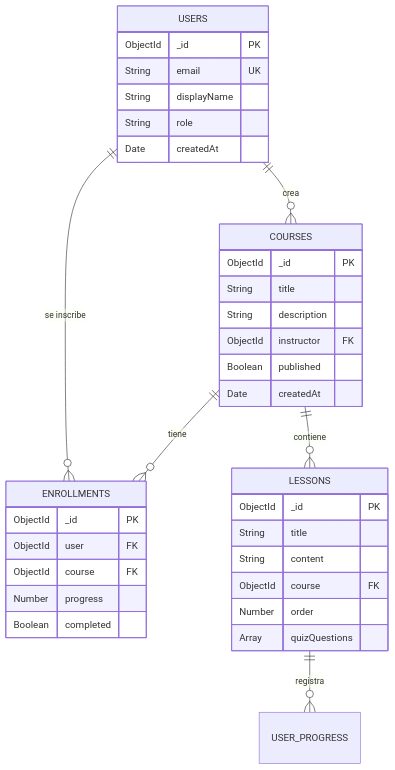
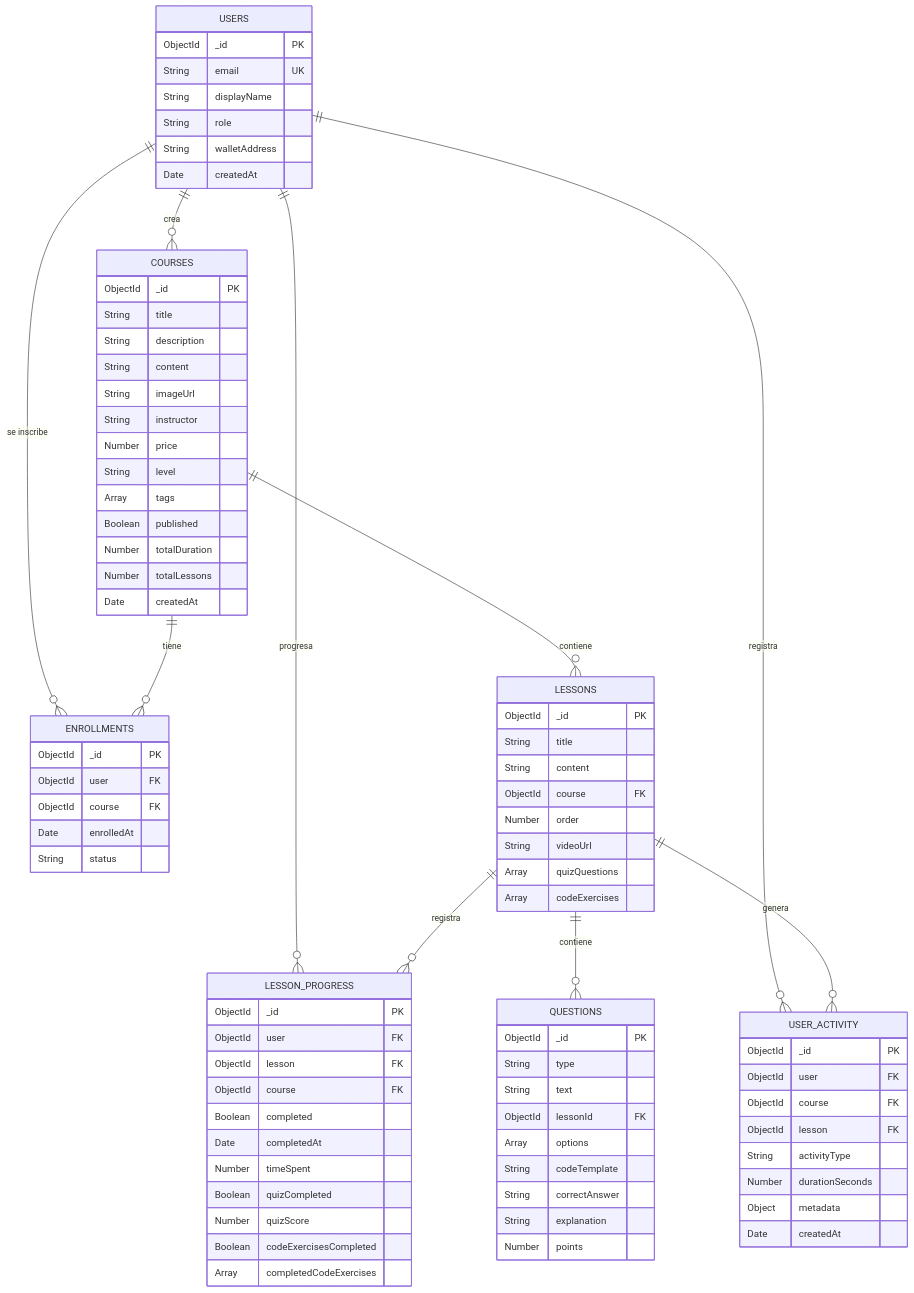
The second of 2 diagrams in README.md (vicrii/TFG), drawn with Mermaid before and after one commit. The commit also changed other lines of this file, not shown here.

````diff
--- a/README.md
+++ b/README.md
@@ -173,15 +173,20 @@
 erDiagram
     USERS ||--o{ ENROLLMENTS : "se inscribe"
     USERS ||--o{ COURSES : "crea"
+    USERS ||--o{ LESSON_PROGRESS : "progresa"
+    USERS ||--o{ USER_ACTIVITY : "registra"
     COURSES ||--o{ LESSONS : "contiene"
     COURSES ||--o{ ENROLLMENTS : "tiene"
-    LESSONS ||--o{ USER_PROGRESS : "registra"
+    LESSONS ||--o{ LESSON_PROGRESS : "registra"
+    LESSONS ||--o{ QUESTIONS : "contiene"
+    LESSONS ||--o{ USER_ACTIVITY : "genera"
 
     USERS {
         ObjectId _id PK
         String email UK
         String displayName
         String role
+        String walletAddress
         Date createdAt
     }
 
@@ -189,8 +194,15 @@
         ObjectId _id PK
         String title
         String description
-        ObjectId instructor FK
+        String content
+        String imageUrl
+        String instructor
+        Number price
+        String level
+        Array tags
         Boolean published
+        Number totalDuration
+        Number totalLessons
         Date createdAt
     }
 
@@ -200,14 +212,53 @@
         String content
         ObjectId course FK
         Number order
+        String videoUrl
         Array quizQuestions
+        Array codeExercises
     }
 
     ENROLLMENTS {
         ObjectId _id PK
         ObjectId user FK
         ObjectId course FK
-        Number progress
+        Date enrolledAt
+        String status
+    }
+
+    LESSON_PROGRESS {
+        ObjectId _id PK
+        ObjectId user FK
+        ObjectId lesson FK
+        ObjectId course FK
         Boolean completed
+        Date completedAt
+        Number timeSpent
+        Boolean quizCompleted
+        Number quizScore
+        Boolean codeExercisesCompleted
+        Array completedCodeExercises
+    }
+
+    USER_ACTIVITY {
+        ObjectId _id PK
+        ObjectId user FK
+        ObjectId course FK
+        ObjectId lesson FK
+        String activityType
+        Number durationSeconds
+        Object metadata
+        Date createdAt
+    }
+
+    QUESTIONS {
+        ObjectId _id PK
+        String type
+        String text
+        ObjectId lessonId FK
+        Array options
+        String codeTemplate
+        String correctAnswer
+        String explanation
+        Number points
     }
 ```
````
